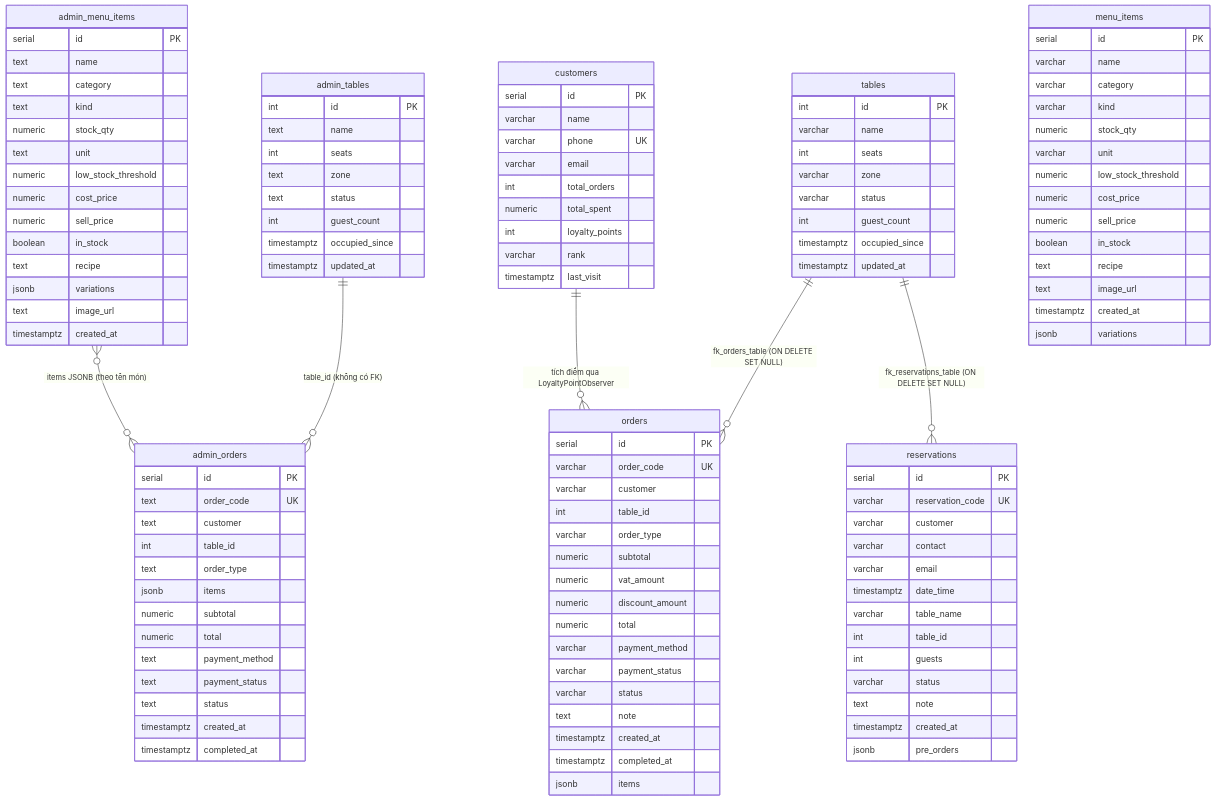
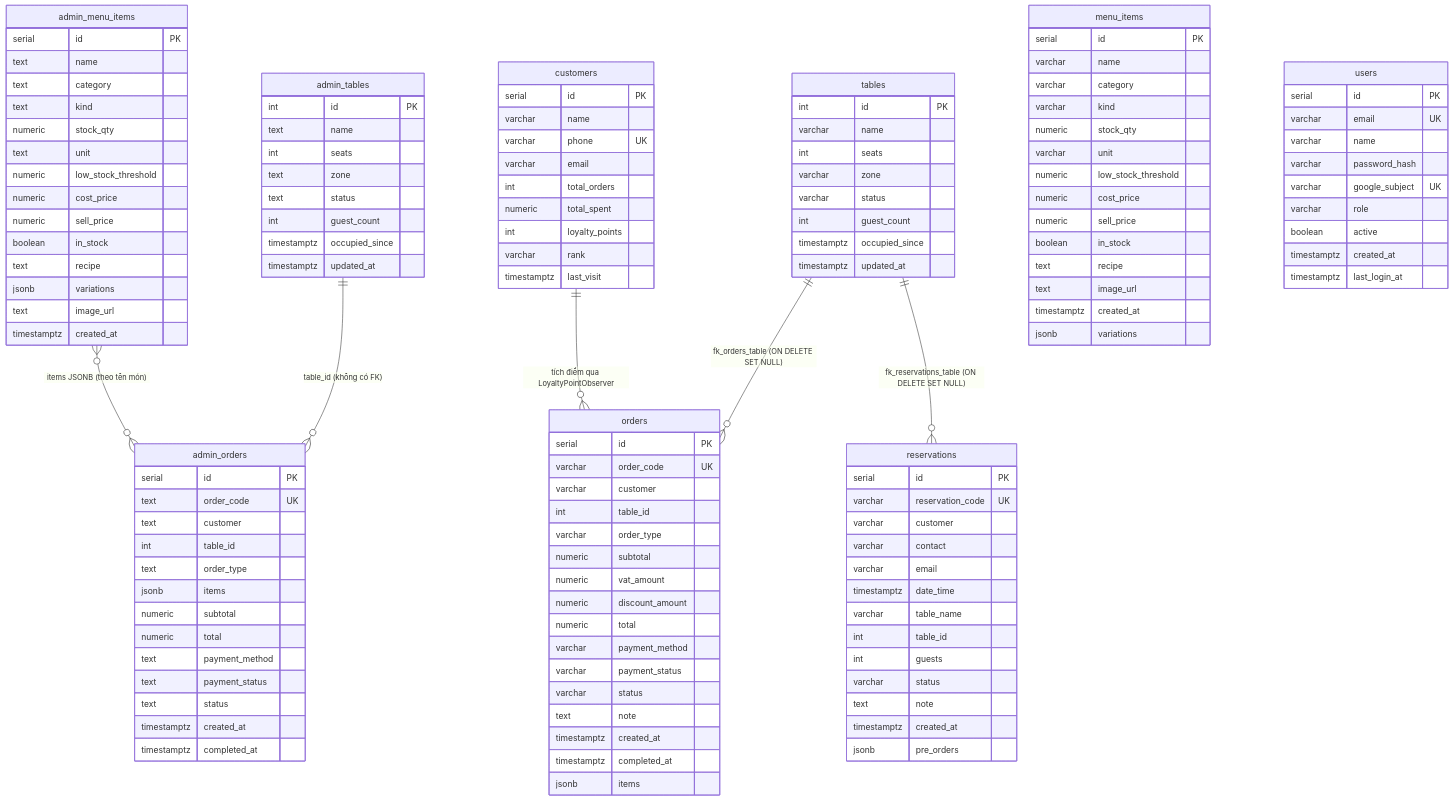
One commit to HubertPhung/WebQuanLyQuanCafe-DesignPatterns changed the diagram in docs/DATABASE.md. Above: the diagram before and after it, drawn with Mermaid. The commit also changed other lines of this file and 6 other files, not shown here.

````diff
--- a/docs/DATABASE.md
+++ b/docs/DATABASE.md
@@ -134,4 +134,15 @@
         varchar rank
         timestamptz last_visit
     }
+    users {
+        serial id PK
+        varchar email UK
+        varchar name
+        varchar password_hash
+        varchar google_subject UK
+        varchar role
+        boolean active
+        timestamptz created_at
+        timestamptz last_login_at
+    }
 ```
````
